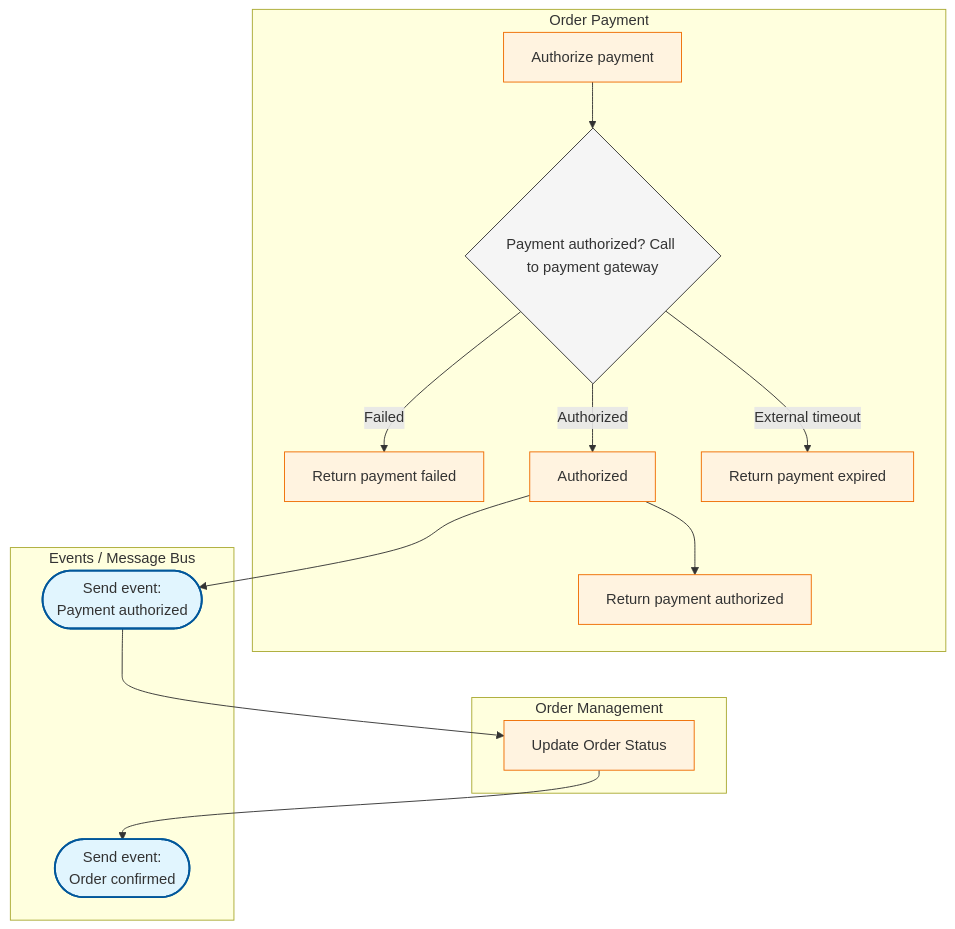
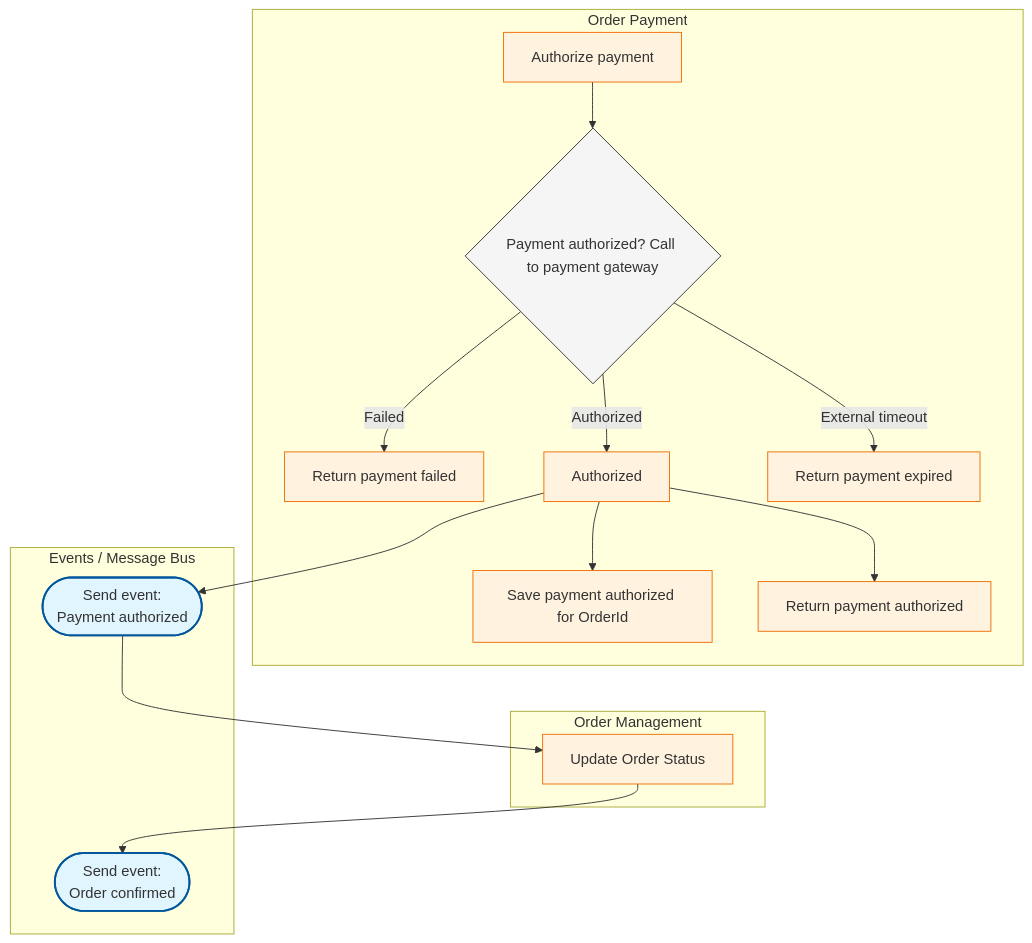
One commit to RobertoFreireDev/Order-Management changed the second of 4 diagrams in README.md. Above: the diagram before and after it, drawn with Mermaid. The commit also changed other lines of this file, not shown here.

Commit message:
Update payment

````diff
--- a/README.md
+++ b/README.md
@@ -73,36 +73,37 @@
 ```mermaid
 flowchart TD
     %% Subgraph Styling
     classDef event fill:#e1f5fe,stroke:#01579b,stroke-width:2px;
     classDef logic fill:#f5f5f5,stroke:#333,stroke-width:1px;
     classDef order fill:#fff3e0,stroke:#ef6c00,stroke-width:1px;
     classDef note fill:#f9fbe7,stroke:#827717,stroke-width:1px;
 
     subgraph Order_Payment [Order Payment]
         A1[Authorize payment] --> E{Payment authorized? Call to payment gateway}
         E -->|Failed| G1[Return payment failed]
         E -->|Authorized| E1[Authorized]
+        E1 --> E4[Save payment authorized for OrderId]
         E -->|External timeout| E3[Return payment expired]
         E1 --> E2[Return payment authorized]
     end
 
     subgraph Order_Creation [Order Management]
         G[Update Order Status]
     end
 
     subgraph Events [Events / Message Bus]
         H([Send event:<br/>Payment authorized])
         H3([Send event:<br/>Order confirmed])
     end
     
     %% Event Distribution
     E1 --> H
     H --> G
     G --> H3
 
     %% Class Assignments
     class H,H1,H2,H3 event;
     class E,B logic;
-    class A1,C,C1,E1,E2,E3,G,G1,A2,F order;
+    class A1,C,C1,E1,E2,E3,E4,G,G1,A2,F order;
     class I,I1,I2 note;
 ```
````
